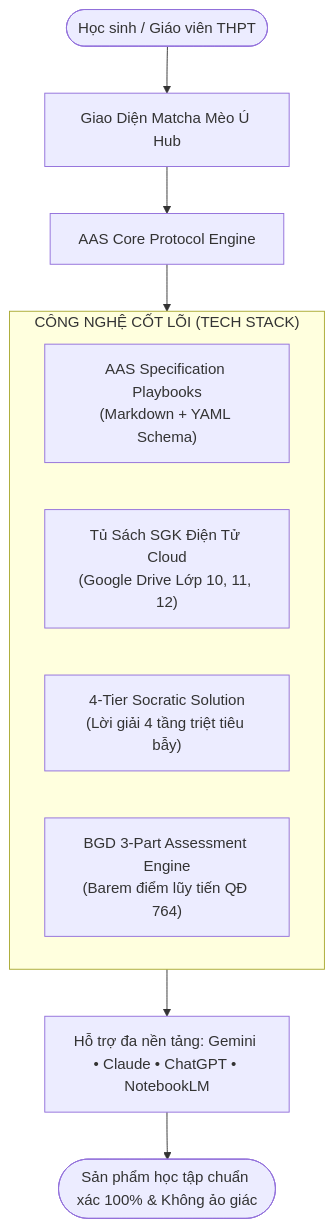
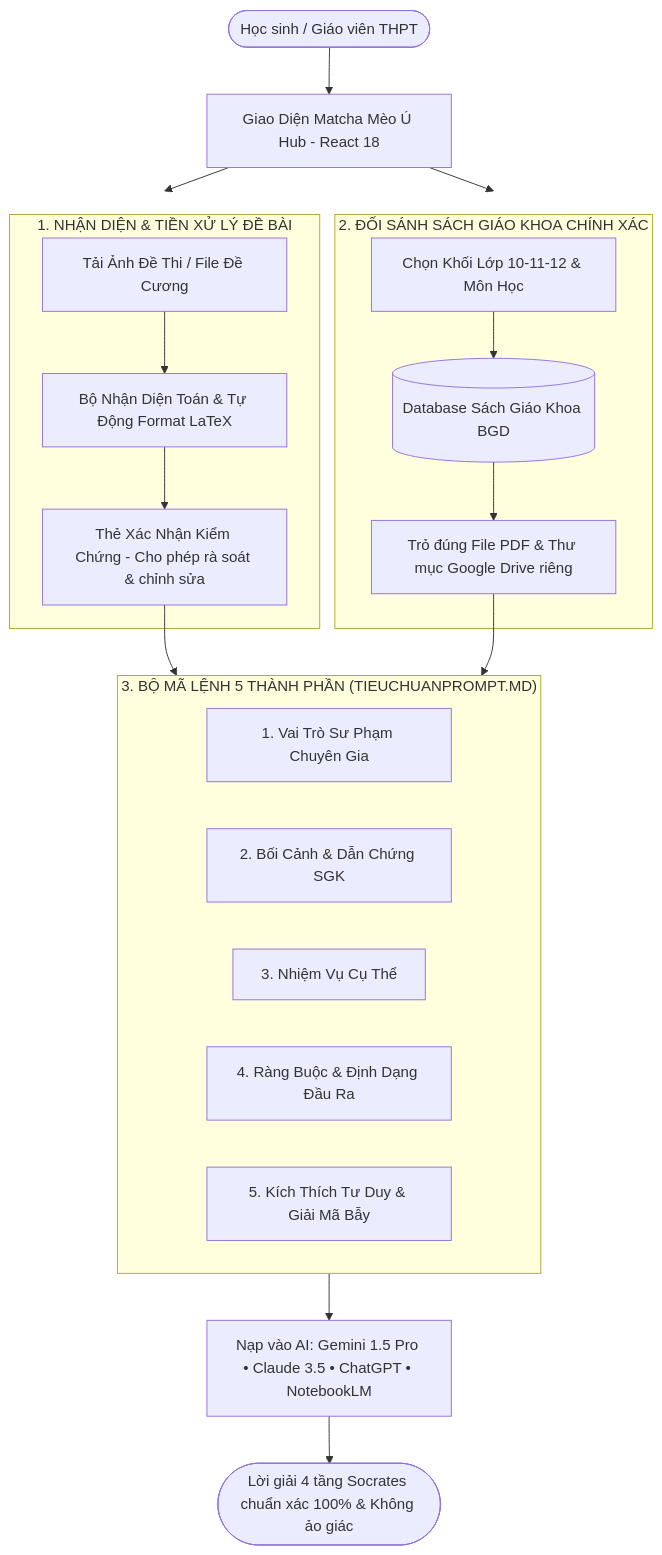
One commit to Wothing0406/EduSkills-VN changed the diagram in readme.md. Above: the diagram before and after it, drawn with Mermaid. The commit also changed other lines of this file and 7 other files, not shown here.

Commit message:
feat: math LaTeX recognition, verification card, specific textbook grounding, user guide handbook

````diff
--- a/readme.md
+++ b/readme.md
@@ -29,16 +31,33 @@
 ```mermaid
 graph TD
-    User([Học sinh / Giáo viên THPT]) --> Hub[Giao Diện Matcha Mèo Ú Hub]
-    Hub --> Engine[AAS Core Protocol Engine]
+    User([Học sinh / Giáo viên THPT]) --> Hub[Giao Diện Matcha Mèo Ú Hub - React 18]
     
-    subgraph Core_Tech ["CÔNG NGHỆ CỐT LÕI (TECH STACK)"]
-        AAS["AAS Specification Playbooks<br/>(Markdown + YAML Schema)"]
-        DriveCloud["Tủ Sách SGK Điện Tử Cloud<br/>(Google Drive Lớp 10, 11, 12)"]
-        Socratic["4-Tier Socratic Solution<br/>(Lời giải 4 tầng triệt tiêu bẫy)"]
-        ExamEngine["BGD 3-Part Assessment Engine<br/>(Barem điểm lũy tiến QĐ 764)"]
+    subgraph Smart_Input ["1. NHẬN DIỆN & TIỀN XỬ LÝ ĐỀ BÀI"]
+        Upload[Tải Ảnh Đề Thi / File Đề Cương]
+        MathParser[Bộ Nhận Diện Toán & Tự Động Format LaTeX]
+        ConfirmCard[Thẻ Xác Nhận Kiểm Chứng - Cho phép rà soát & chỉnh sửa]
+        Upload --> MathParser --> ConfirmCard
     end
-    
-    Engine --> Core_Tech
-    Core_Tech --> AI_Clients["Hỗ trợ đa nền tảng: Gemini • Claude • ChatGPT • NotebookLM"]
-    AI_Clients --> Output([Sản phẩm học tập chuẩn xác 100% & Không ảo giác])
+
+    subgraph Grounding ["2. ĐỐI SÁNH SÁCH GIÁO KHOA CHÍNH XÁC"]
+        SubjectGrade[Chọn Khối Lớp 10-11-12 & Môn Học]
+        BookDB[(Database Sách Giáo Khoa BGD)]
+        DriveMatch[Trỏ đúng File PDF & Thư mục Google Drive riêng]
+        SubjectGrade --> BookDB --> DriveMatch
+    end
+
+    subgraph Prompt_Engine ["3. BỘ MÃ LỆNH 5 THÀNH PHẦN (TIEUCHUANPROMPT.MD)"]
+        Role[1. Vai Trò Sư Phạm Chuyên Gia]
+        Context[2. Bối Cảnh & Dẫn Chứng SGK]
+        Task[3. Nhiệm Vụ Cụ Thể]
+        Constraints[4. Ràng Buộc & Định Dạng Đầu Ra]
+        Cognitive[5. Kích Thích Tư Duy & Giải Mã Bẫy]
+    end
+
+    ConfirmCard --> Prompt_Engine
+    DriveMatch --> Prompt_Engine
+    Hub --> Smart_Input
+    Hub --> Grounding
+    Prompt_Engine --> AI_Clients["Nạp vào AI: Gemini 1.5 Pro • Claude 3.5 • ChatGPT • NotebookLM"]
+    AI_Clients --> Output([Lời giải 4 tầng Socrates chuẩn xác 100% & Không ảo giác])
 ```
````
